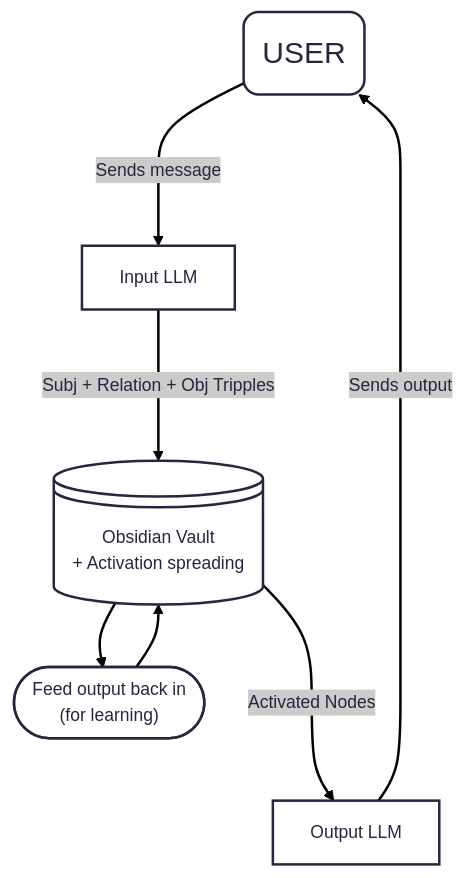
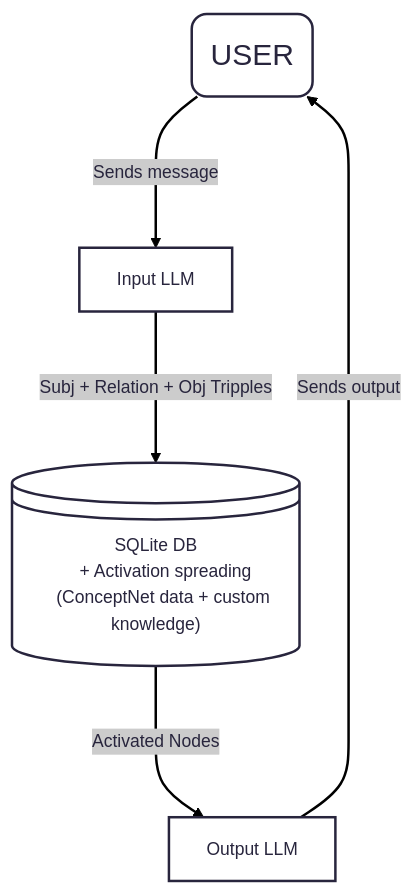
Before and after one commit to LarsLerchbacher/LOUIS: the diagram in README.md, drawn with Mermaid. The commit also changed other lines of this file and 7 other files, not shown here.

Commit message:
Remove obsidian vault and switched to persisten SQLite db. Removed threshold property of nodes (per model/in config later), removed feedback loop (unecesary). Improved LLM prompts.

````diff
--- a/README.md
+++ b/README.md
@@ -13,19 +13,17 @@
 ```mermaid
 ---
 config:
   theme: redux
   layout: dagre
 ---
 flowchart TB
     user("USER") -- Sends message ---> inLLM["Input LLM"]
-    inLLM -- Subj + Relation + Obj Tripples ---> obsidian["Obsidian Vault
-    + Activation spreading"]
-    obsidian -- Activated Nodes ---> outLLM["Output LLM"]
-    obsidian --> learning(["Feed output back in 
-    (for learning)"])
-    learning --> obsidian
+    inLLM -- Subj + Relation + Obj Tripples ---> db["SQLite DB
+    + Activation spreading
+    (ConceptNet data + custom knowledge)"]
+    db -- Activated Nodes ---> outLLM["Output LLM"]
     outLLM -- Sends output ---> user
 
-    obsidian@{ shape: disk}
+    db@{ shape: disk}
     style user font-size:24px
 ```
````
